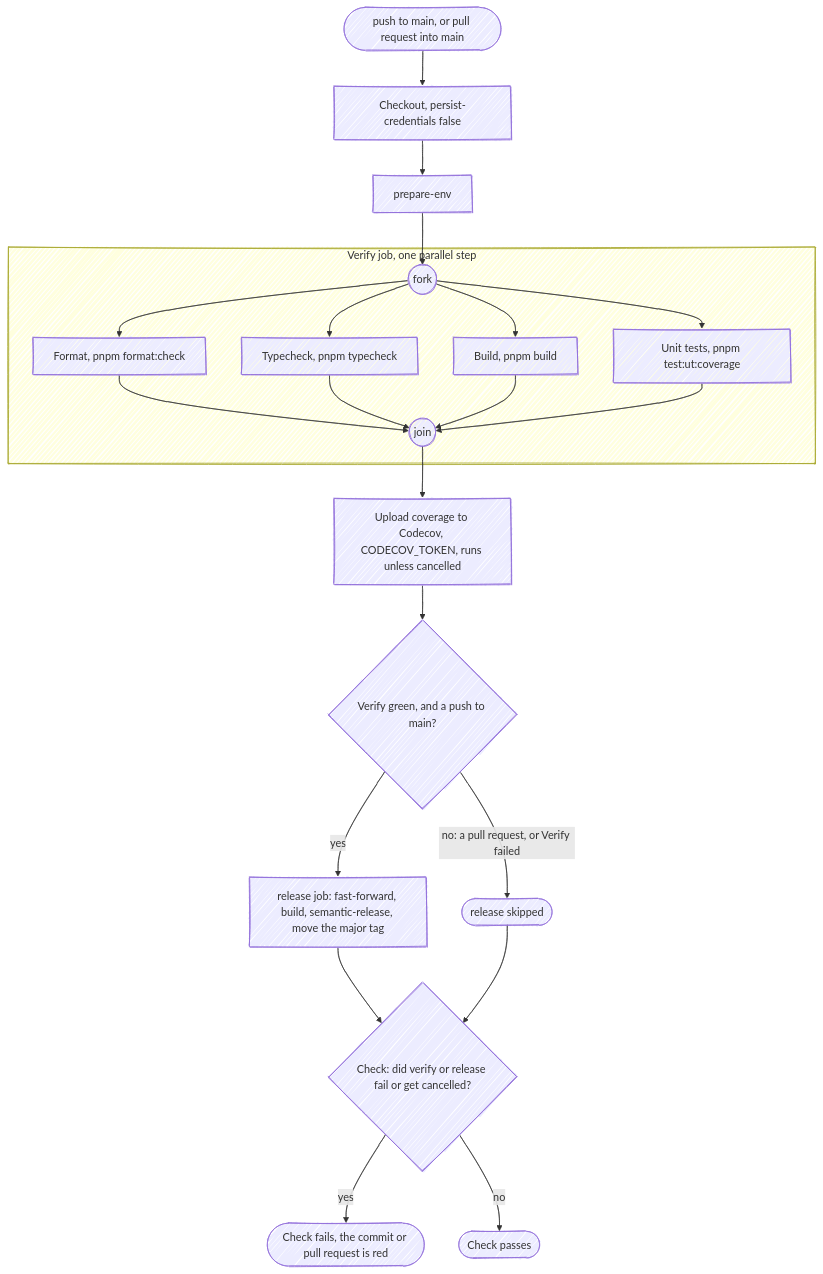
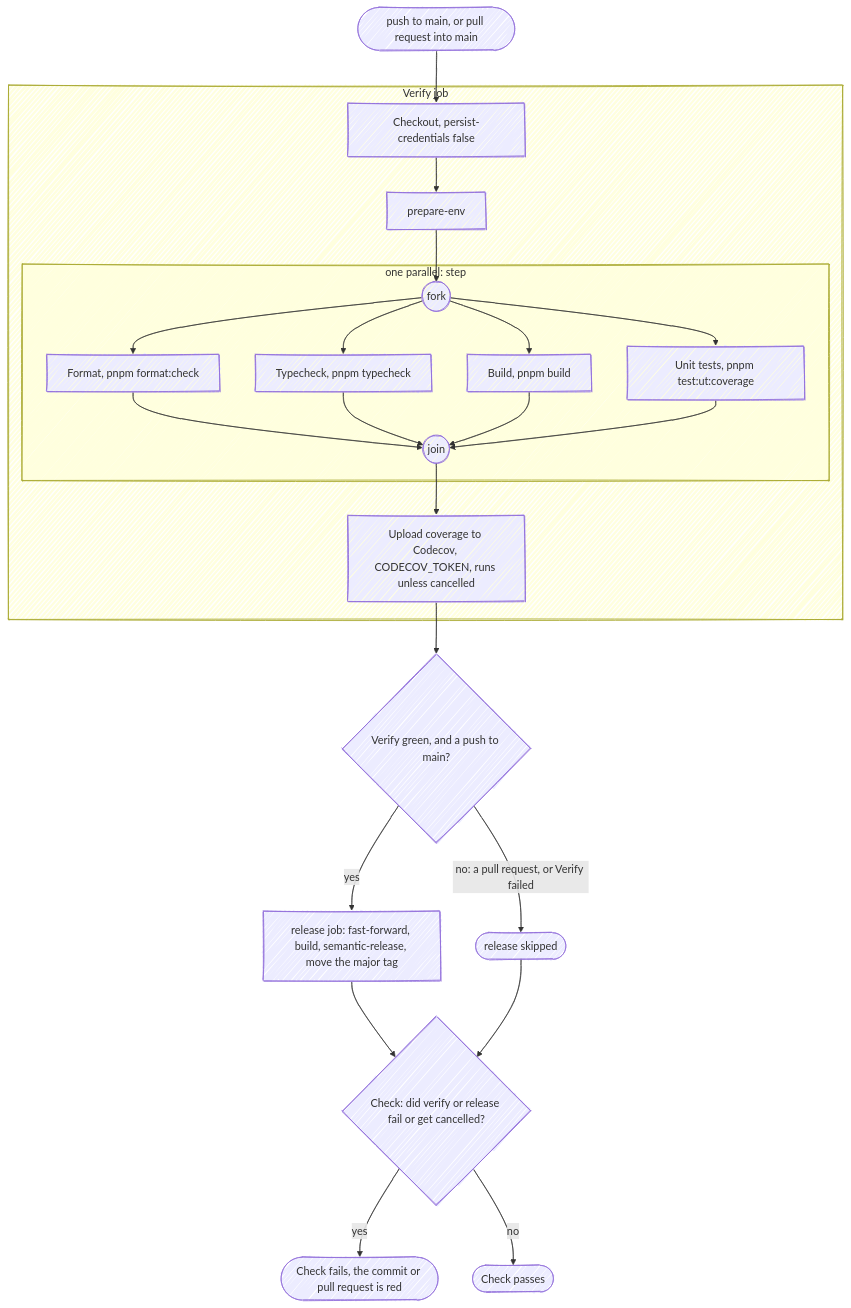
The first of 4 diagrams in docs/wiki/CI-CD.md (fbuireu/github-star-tracker), drawn with Mermaid before and after one commit. The commit also changed other lines of this file, not shown here.

Commit message:
docs: draw the whole Verify job, and say Dependabot labels patches and minors too
The pipeline diagram boxed only the parallel step and called that box the
Verify job, leaving the checkout, prepare-env and the Codecov upload
outside it, although ci.yml runs all five as steps of that one job and
the release decision reads the job's result. The Verify job box now holds
every step, with the parallel step as a fork and join box inside it.

The pull request diagram and the workflow table said the Dependabot job
labels a major. It labels a patch, a minor and a major, each by its type,
approves and auto-merges everything but a major, and comments on a major,
as the Renovate and Dependabot section already says.

````diff
--- a/docs/wiki/CI-CD.md
+++ b/docs/wiki/CI-CD.md
@@ -47,37 +47,41 @@
 ```mermaid
 ---
 config:
   look: handDrawn
   layout: dagre
 ---
 flowchart TD
     trigger(["push to main, or pull request into main"])
-    checkout["Checkout, persist-credentials false"]
-    prepare["prepare-env"]
-    codecov["Upload coverage to Codecov, CODECOV_TOKEN, runs unless cancelled"]
     verdict{"Verify green, and a push to main?"}
     release["release job: fast-forward, build, semantic-release, move the major tag"]
     skipped(["release skipped"])
     check{"Check: did verify or release fail or get cancelled?"}
     red(["Check fails, the commit or pull request is red"])
     green(["Check passes"])
 
-    trigger --> checkout --> prepare --> fork
-    subgraph verify ["Verify job, one parallel step"]
-        fork(("fork"))
-        format["Format, pnpm format:check"]
-        typecheck["Typecheck, pnpm typecheck"]
-        build["Build, pnpm build"]
-        unit["Unit tests, pnpm test:ut:coverage"]
-        join(("join"))
-        fork --> format & typecheck & build & unit
-        format & typecheck & build & unit --> join
+    subgraph verify ["Verify job"]
+        checkout["Checkout, persist-credentials false"]
+        prepare["prepare-env"]
+        subgraph steps ["one parallel: step"]
+            fork(("fork"))
+            format["Format, pnpm format:check"]
+            typecheck["Typecheck, pnpm typecheck"]
+            build["Build, pnpm build"]
+            unit["Unit tests, pnpm test:ut:coverage"]
+            join(("join"))
+            fork --> format & typecheck & build & unit
+            format & typecheck & build & unit --> join
+        end
+        codecov["Upload coverage to Codecov, CODECOV_TOKEN, runs unless cancelled"]
+        checkout --> prepare --> fork
+        join --> codecov
     end
-    join --> codecov --> verdict
+    trigger --> checkout
+    codecov --> verdict
     verdict -->|yes| release
     verdict -->|"no: a pull request, or Verify failed"| skipped
     release --> check
     skipped --> check
     check -->|yes| red
     check -->|no| green
 ```
````
